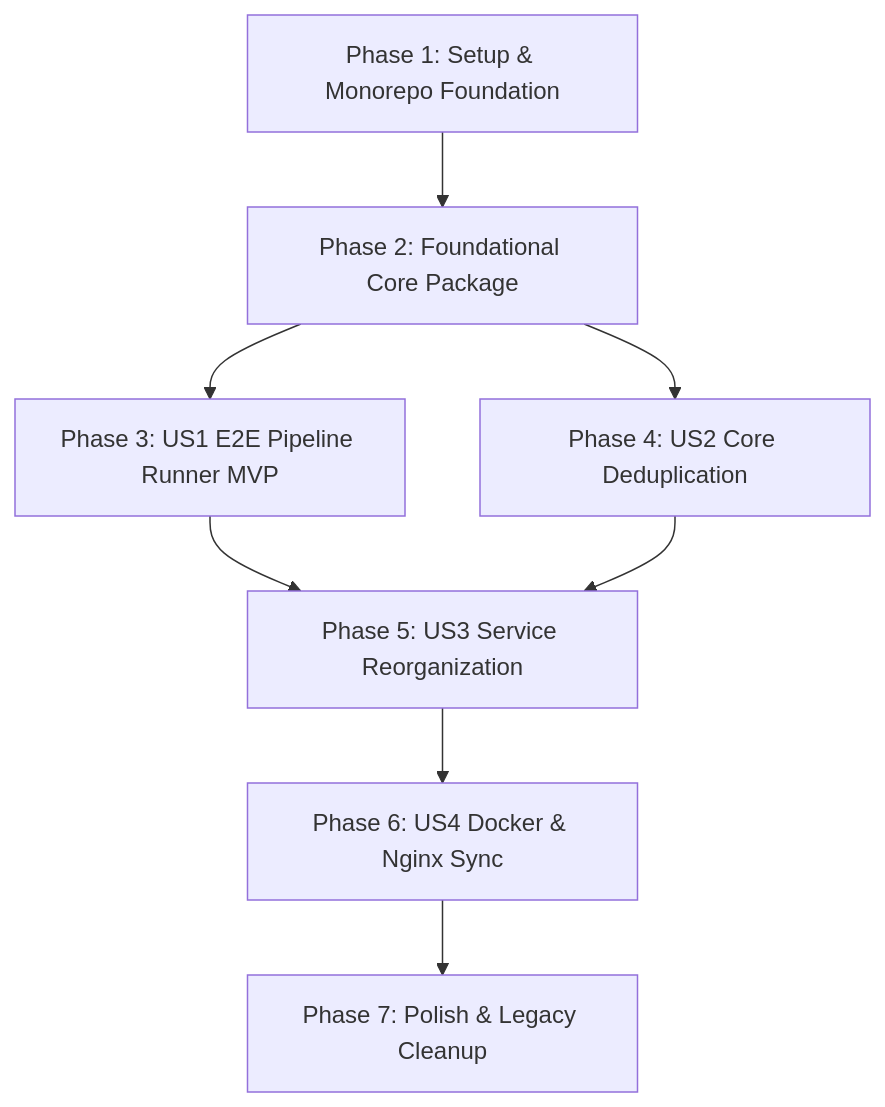
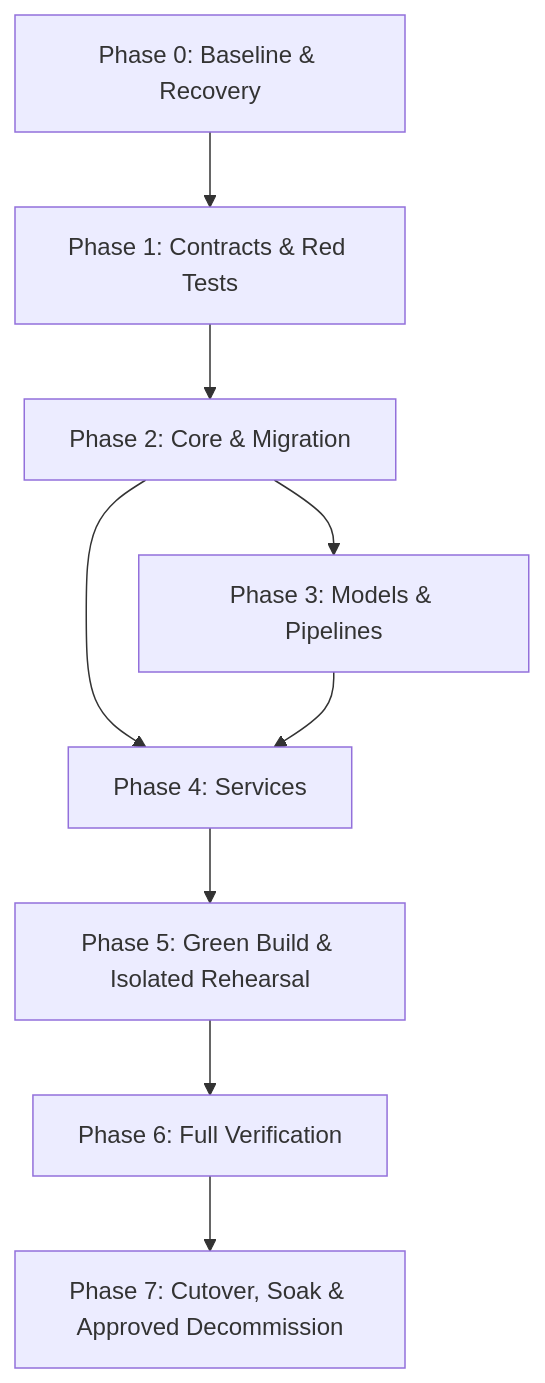
Before and after one commit to Ezenitac-AiService/AISERVICE: the diagram in specs/041-bteam-unified-pipeline-restructure/tasks.md, drawn with Mermaid. The commit also changed other lines of this file and 180 other files, not shown here.

Commit message:
feat: implement unified pipeline architecture with core services, dashboard frontend, and deployment migration tools

````diff
--- a/specs/041-bteam-unified-pipeline-restructure/tasks.md
+++ b/specs/041-bteam-unified-pipeline-restructure/tasks.md
@@ -134,10 +178,11 @@
 ```mermaid
 graph TD
-    Phase1[Phase 1: Setup & Monorepo Foundation] --> Phase2[Phase 2: Foundational Core Package]
-    Phase2 --> US1[Phase 3: US1 E2E Pipeline Runner MVP]
-    Phase2 --> US2[Phase 4: US2 Core Deduplication]
-    US1 --> US3[Phase 5: US3 Service Reorganization]
-    US2 --> US3
-    US3 --> US4[Phase 6: US4 Docker & Nginx Sync]
-    US4 --> Polish[Phase 7: Polish & Legacy Cleanup]
+    P0[Phase 0: Baseline & Recovery] --> P1[Phase 1: Contracts & Red Tests]
+    P1 --> P2[Phase 2: Core & Migration]
+    P2 --> P3[Phase 3: Models & Pipelines]
+    P2 --> P4[Phase 4: Services]
+    P3 --> P4
+    P4 --> P5[Phase 5: Green Build & Isolated Rehearsal]
+    P5 --> P6[Phase 6: Full Verification]
+    P6 --> P7[Phase 7: Cutover, Soak & Approved Decommission]
 ```
````
